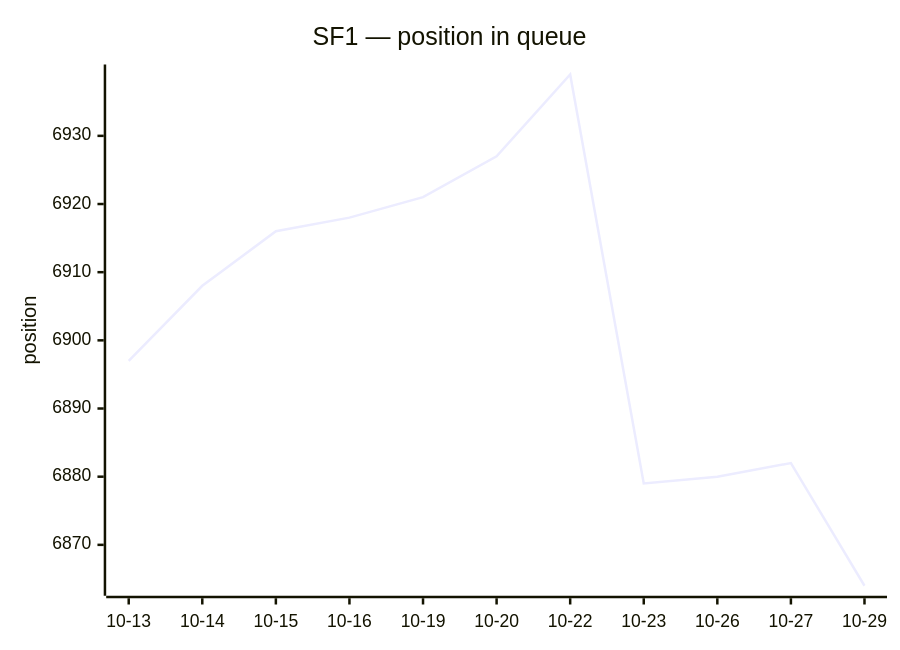
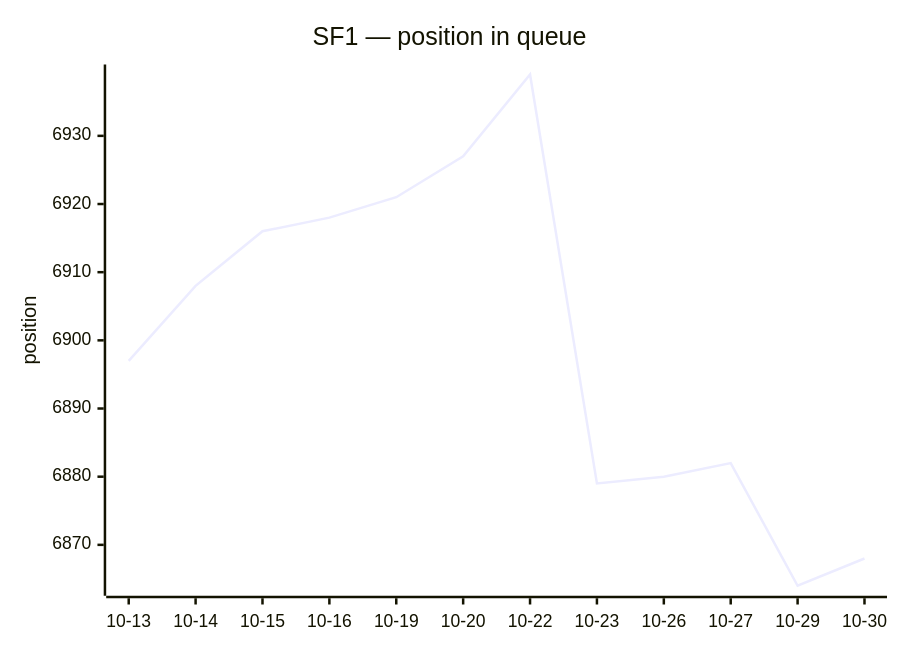
The first of 2 diagrams in queue/README.md (thyarles/thyarles), drawn with Mermaid before and after one commit. The commit also changed other lines of this file and 1 other file, not shown here.

````diff
--- a/queue/README.md
+++ b/queue/README.md
@@ -20,7 +20,7 @@
 ```mermaid
 xychart-beta
   title "SF1 — position in queue"
-  x-axis ["10-13", "10-14", "10-15", "10-16", "10-19", "10-20", "10-22", "10-23", "10-26", "10-27", "10-29"]
+  x-axis ["10-13", "10-14", "10-15", "10-16", "10-19", "10-20", "10-22", "10-23", "10-26", "10-27", "10-29", "10-30"]
   y-axis "position"
-  line [6897, 6908, 6916, 6918, 6921, 6927, 6939, 6879, 6880, 6882, 6864]
+  line [6897, 6908, 6916, 6918, 6921, 6927, 6939, 6879, 6880, 6882, 6864, 6868]
 ```
````
